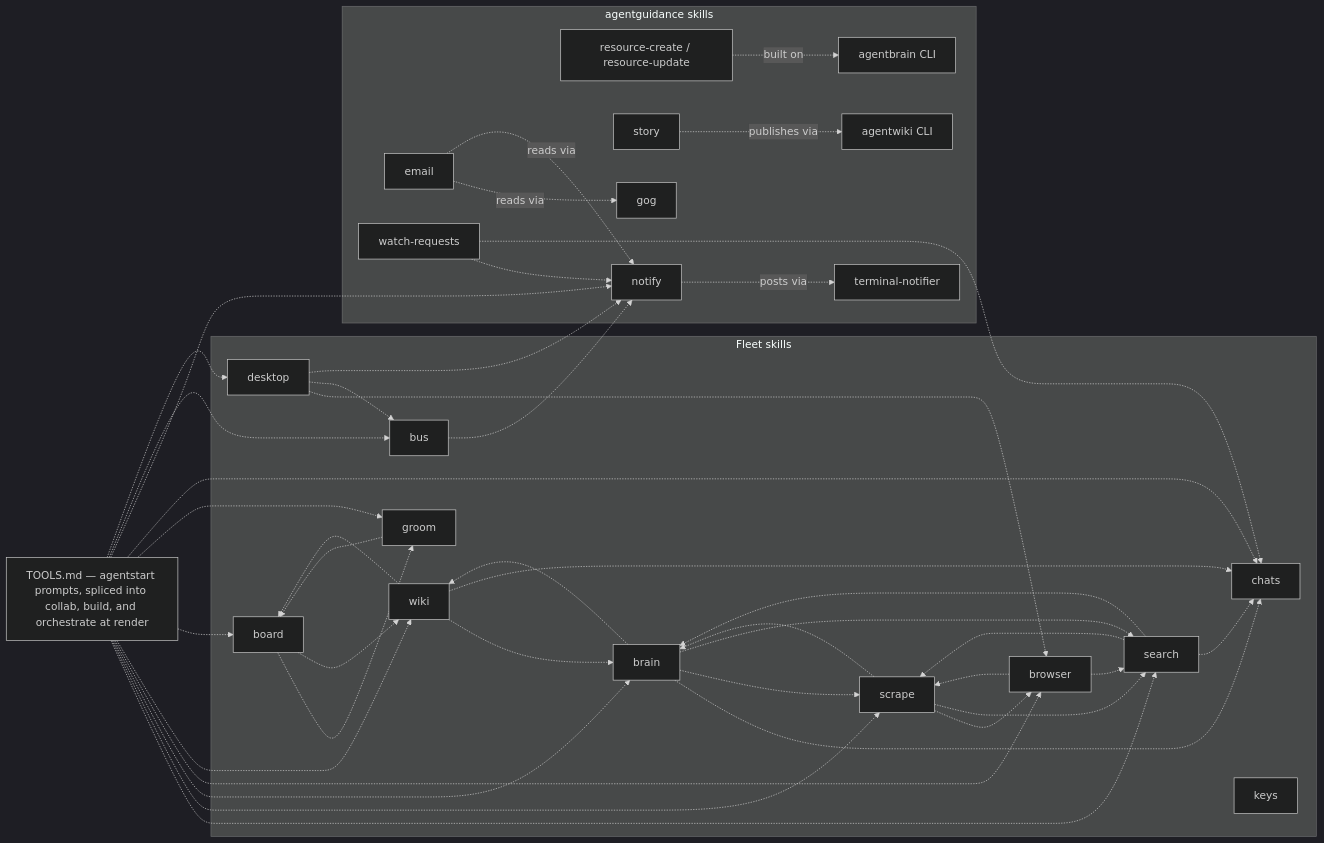
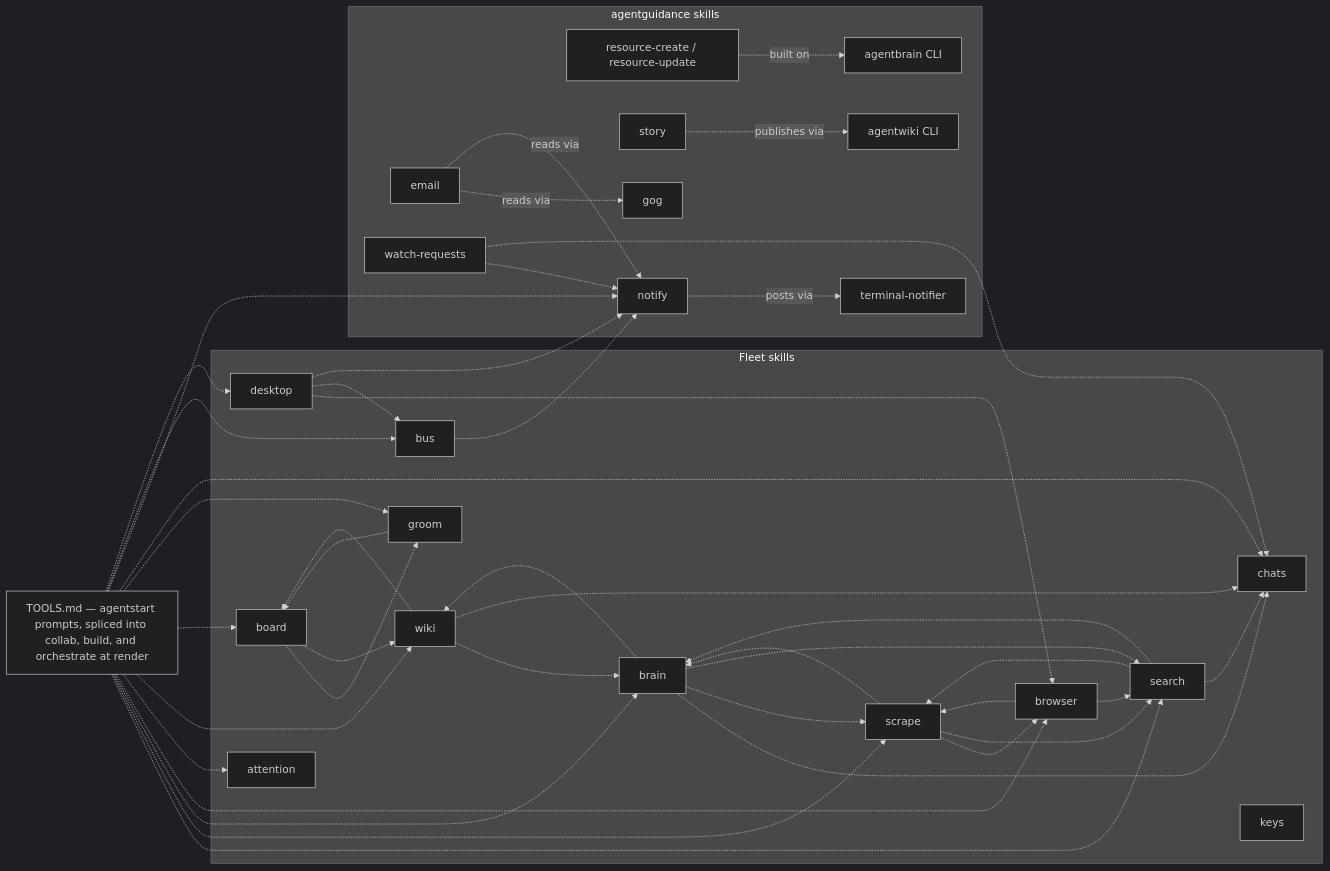
One commit to possibilities/agentstart changed the third of 3 diagrams in skills/fleet/MAP.md. Above: the diagram before and after it, drawn with Mermaid (dark theme). The commit also changed other lines of this file and 5 other files, not shown here.

````diff
--- a/skills/fleet/MAP.md
+++ b/skills/fleet/MAP.md
@@ -115,30 +118,31 @@
 ```mermaid
 flowchart LR
     subgraph fleetSkills [Fleet skills]
         board -.-> groom & wiki
         groom -.-> board
         brain -.-> chats & scrape & search & wiki
         scrape -.-> brain & browser & search
         search -.-> brain & chats & scrape
         browser -.-> scrape & search
+        attention
         wiki -.-> board & brain & chats
         desktop -.-> browser & bus
         chats
         keys
         bus
     end
 
     subgraph guidanceSkills [agentguidance skills]
         resource[resource-create / resource-update] -.->|built on| brainCli[agentbrain CLI]
         story -.->|publishes via| wikiCli[agentwiki CLI]
         notify -.->|posts via| notifierCli[terminal-notifier]
         email -.->|reads via| gogCli[gog] & notify
         watchRequests[watch-requests] -.-> notify
     end
 
     watchRequests -.-> chats
     bus -.-> notify
     desktop -.-> notify
 
-    tools[TOOLS.md — agentstart prompts, spliced into collab, build, and orchestrate at render] -.-> search & scrape & brain & browser & wiki & board & groom & chats & notify & bus & desktop
+    tools[TOOLS.md — agentstart prompts, spliced into collab, build, and orchestrate at render] -.-> search & scrape & brain & browser & attention & wiki & board & groom & chats & notify & bus & desktop
 ```
````
